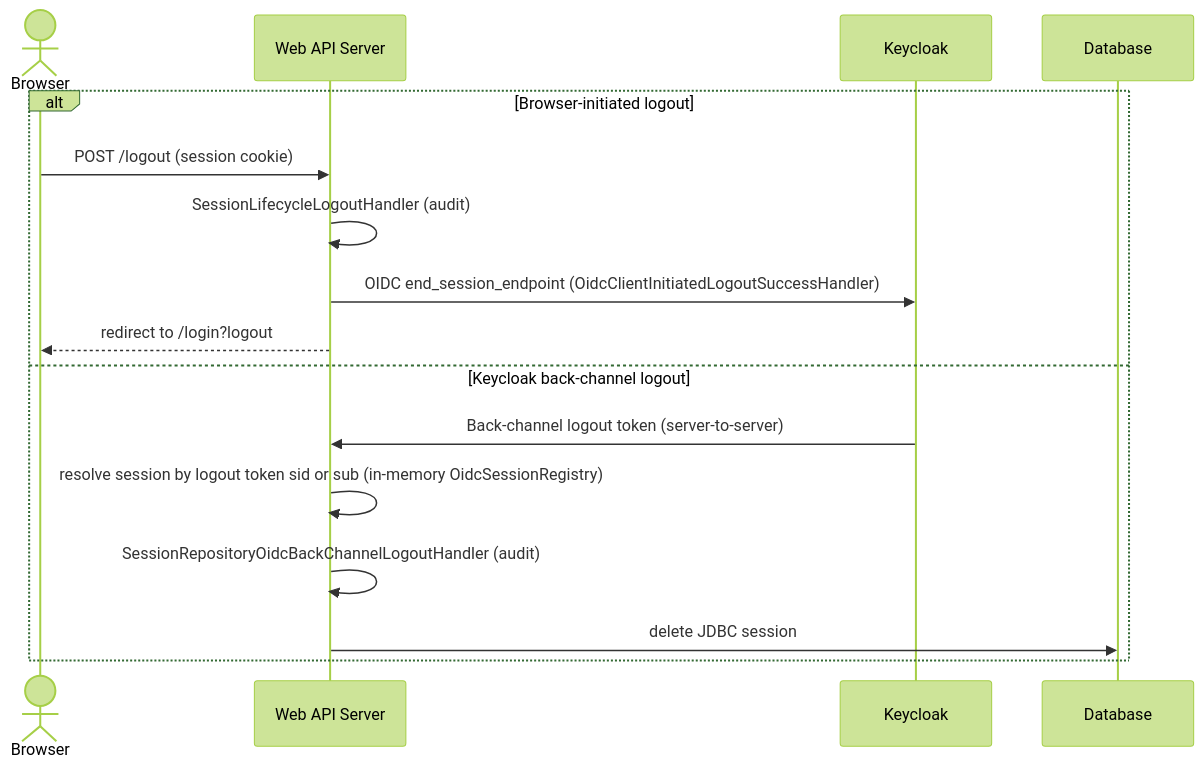
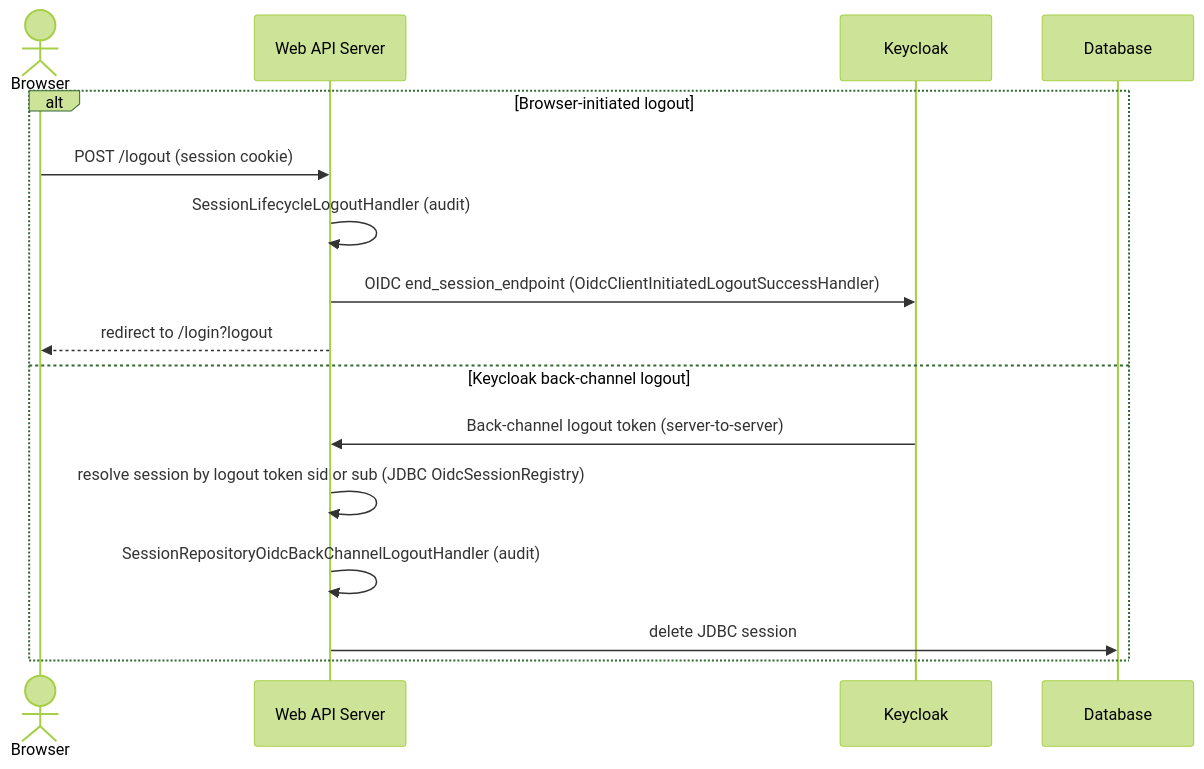
One commit to justin-tay/java-app-web-api-server-template changed the third of 4 diagrams in docs/system-design/06-runtime-view.md. Above: the diagram before and after it, drawn with Mermaid (forest theme). The commit also changed other lines of this file and 12 other files, not shown here.

Commit message:
feat: add JDBC OIDC session registry for multi-instance back-channel logout

````diff
--- a/docs/system-design/06-runtime-view.md
+++ b/docs/system-design/06-runtime-view.md
@@ -119,19 +119,19 @@
 ```mermaid
 sequenceDiagram
     actor Browser
     participant App as Web API Server
     participant KC as Keycloak
     participant DB as Database
 
     alt Browser-initiated logout
         Browser->>App: POST /logout (session cookie)
         App->>App: SessionLifecycleLogoutHandler (audit)
         App->>KC: OIDC end_session_endpoint (OidcClientInitiatedLogoutSuccessHandler)
         App-->>Browser: redirect to /login?logout
     else Keycloak back-channel logout
         KC->>App: Back-channel logout token (server-to-server)
-        App->>App: resolve session by logout token sid or sub (in-memory OidcSessionRegistry)
+        App->>App: resolve session by logout token sid or sub (JDBC OidcSessionRegistry)
         App->>App: SessionRepositoryOidcBackChannelLogoutHandler (audit)
         App->>DB: delete JDBC session
     end
 ```
````
